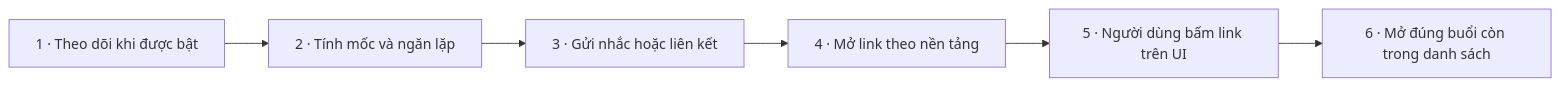
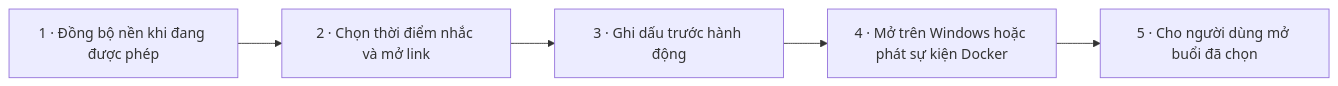
Diagram 14 of 22 in docs/WORKFLOW.md (Thequancute215-sys/cun-zoom), drawn with Mermaid before and after one commit. The commit also changed other lines of this file and 33 other files, not shown here.

Commit message:
Add account OTP and one-time license flow with deployment handover

````diff
--- a/docs/WORKFLOW.md
+++ b/docs/WORKFLOW.md
@@ -244,14 +446,12 @@
 ```mermaid
 flowchart LR
-  s1["1 · Theo dõi khi được bật"]
-  s2["2 · Tính mốc và ngăn lặp"]
+  s1["1 · Đồng bộ nền khi đang được phép"]
+  s2["2 · Chọn thời điểm nhắc và mở link"]
   s1 --> s2
-  s3["3 · Gửi nhắc hoặc liên kết"]
+  s3["3 · Ghi dấu trước hành động"]
   s2 --> s3
-  s4["4 · Mở link theo nền tảng"]
+  s4["4 · Mở trên Windows hoặc phát sự kiện Docker"]
   s3 --> s4
-  s5["5 · Người dùng bấm link trên UI"]
+  s5["5 · Cho người dùng mở buổi đã chọn"]
   s4 --> s5
-  s6["6 · Mở đúng buổi còn trong danh sách"]
-  s5 --> s6
 ```
````
